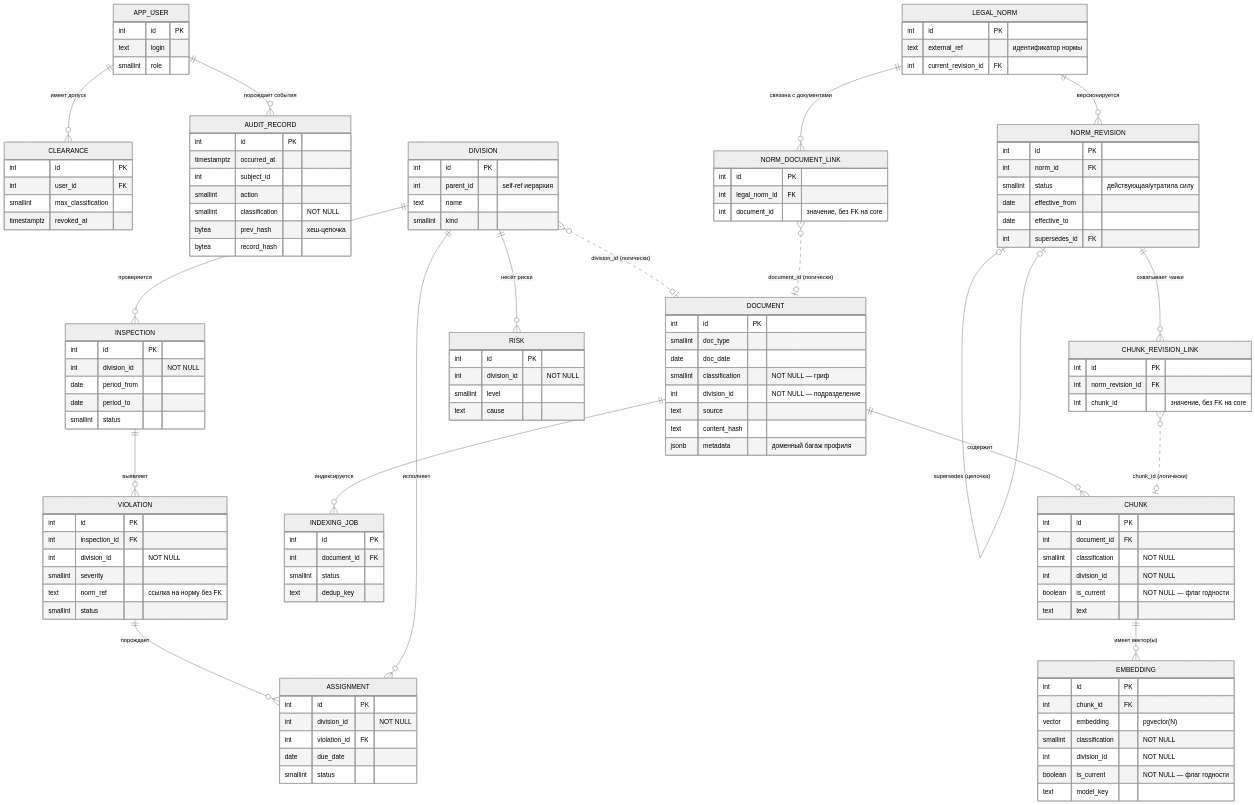
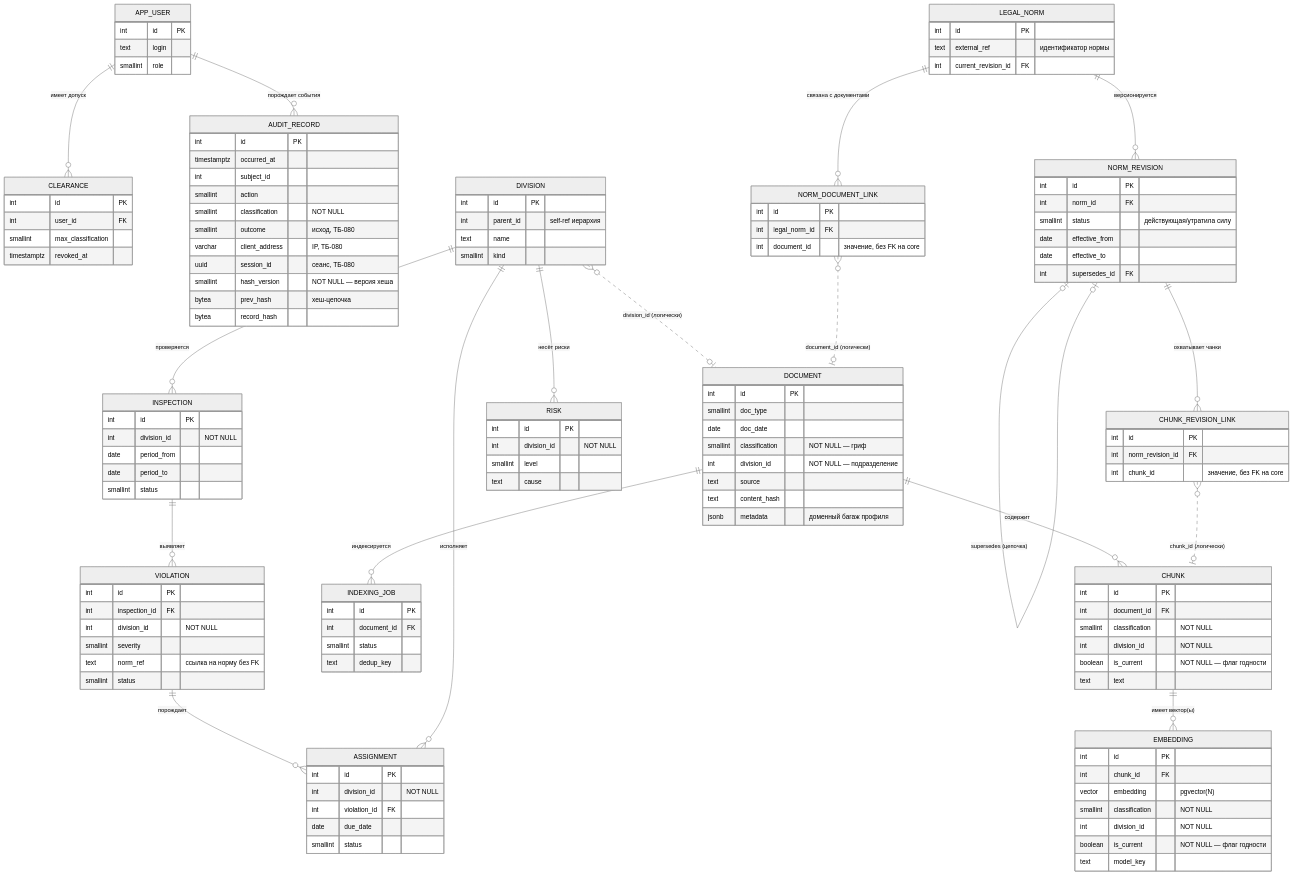
One commit to damirovich/isa.ai changed the diagram in docs/04_Схема_данных.md. Above: the diagram before and after it, drawn with Mermaid (neutral theme). The commit also changed other lines of this file and 44 other files, not shown here.

```diff
--- a/docs/04_Схема_данных.md
+++ b/docs/04_Схема_данных.md
@@ -322,6 +326,10 @@
         int subject_id
         smallint action
         smallint classification "NOT NULL"
+        smallint outcome "исход, ТБ-080"
+        varchar client_address "IP, ТБ-080"
+        uuid session_id "сеанс, ТБ-080"
+        smallint hash_version "NOT NULL — версия хеша"
         bytea prev_hash "хеш-цепочка"
         bytea record_hash
     }
```
